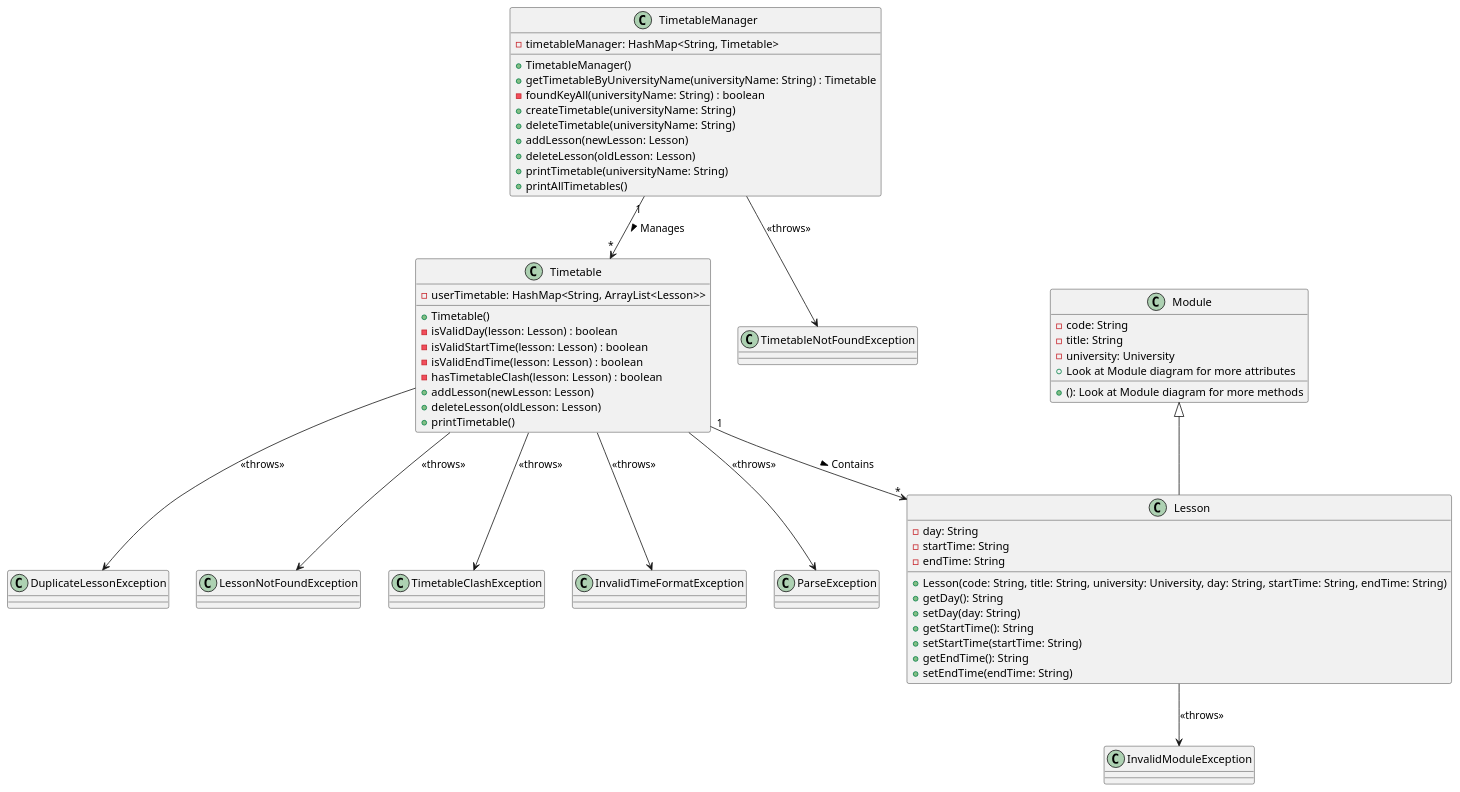
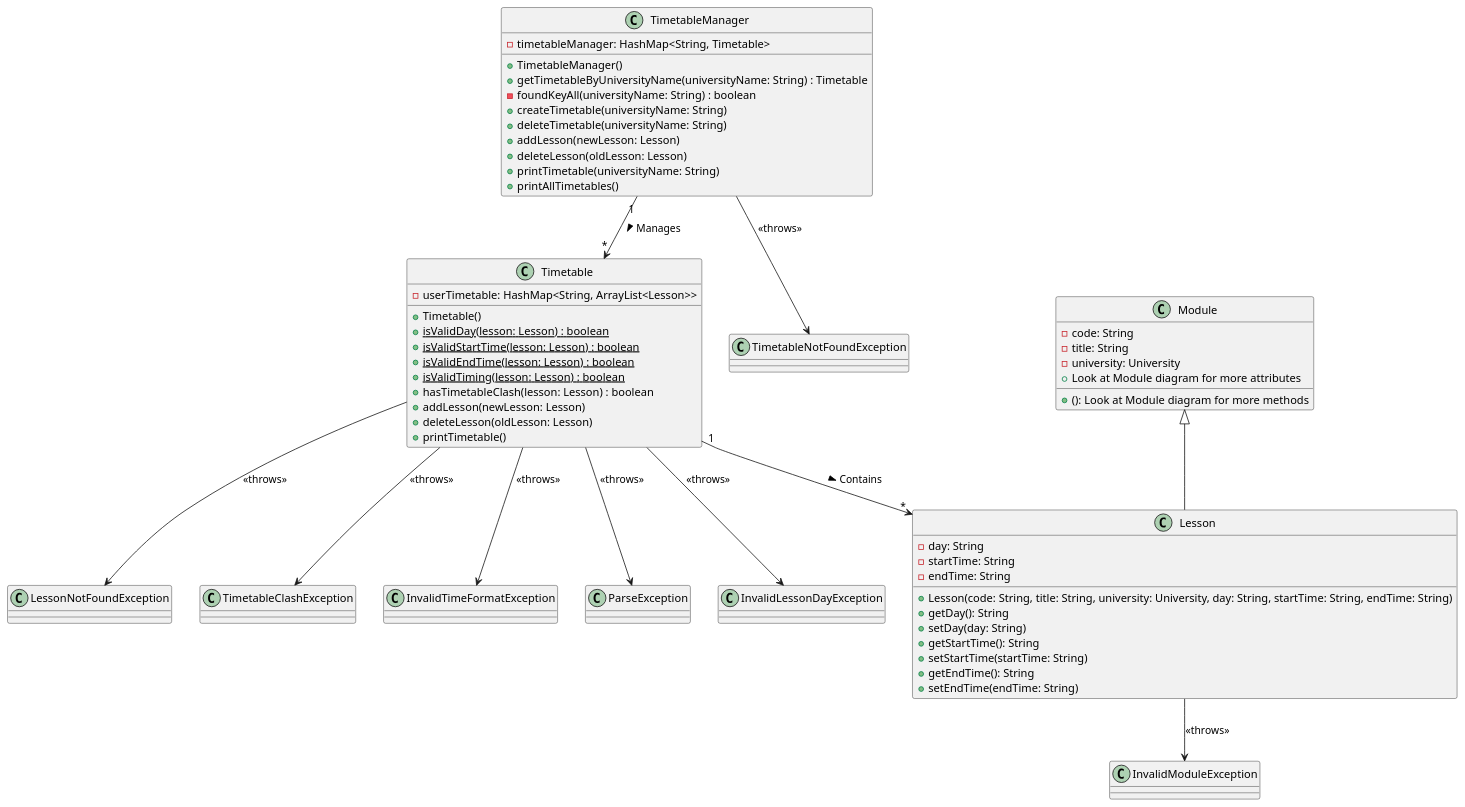
Before and after one commit to nus-cs2113-AY2223S1/tp: the diagram in docs/diagrams/Timetable.puml, drawn with PlantUML. The commit also changed 9 other files, not shown here.

```diff
--- a/docs/diagrams/Timetable.puml
+++ b/docs/diagrams/Timetable.puml
@@ -1,82 +1,83 @@
 @startuml
 'https://plantuml.com/class-diagram
 
 class TimetableManager {
     - timetableManager: HashMap<String, Timetable>
     + TimetableManager()
     + getTimetableByUniversityName(universityName: String) : Timetable
     - foundKeyAll(universityName: String) : boolean
     + createTimetable(universityName: String)
     + deleteTimetable(universityName: String)
     + addLesson(newLesson: Lesson)
     + deleteLesson(oldLesson: Lesson)
     + printTimetable(universityName: String)
     + printAllTimetables()
 }
 
 class Timetable {
     - userTimetable: HashMap<String, ArrayList<Lesson>>
     + Timetable()
-    - isValidDay(lesson: Lesson) : boolean
-    - isValidStartTime(lesson: Lesson) : boolean
-    - isValidEndTime(lesson: Lesson) : boolean
-    - hasTimetableClash(lesson: Lesson) : boolean
+    {static} + isValidDay(lesson: Lesson) : boolean
+    {static} + isValidStartTime(lesson: Lesson) : boolean
+    {static} + isValidEndTime(lesson: Lesson) : boolean
+    {static} + isValidTiming(lesson: Lesson) : boolean
+    + hasTimetableClash(lesson: Lesson) : boolean
     + addLesson(newLesson: Lesson)
     + deleteLesson(oldLesson: Lesson)
     + printTimetable()
 }
 
 class Lesson {
     - day: String
     - startTime: String
     - endTime: String
     + Lesson(code: String, title: String, university: University, day: String, startTime: String, endTime: String)
     + getDay(): String
     + setDay(day: String)
     + getStartTime(): String
     + setStartTime(startTime: String)
     + getEndTime(): String
     + setEndTime(endTime: String)
 }
 
 class Module {
     - code: String
     - title: String
     - university: University
     + Look at Module diagram for more attributes
     + (): Look at Module diagram for more methods
 }
 
-class DuplicateLessonException {
-}
-
 class LessonNotFoundException {
 }
 
 class TimetableNotFoundException {
 }
 
 class TimetableClashException {
 }
 
 class InvalidModuleException {
 }
 
 class InvalidTimeFormatException {
 }
 
 class ParseException {
 }
 
+class InvalidLessonDayException {
+}
+
 TimetableManager "1" --> "*" Timetable :> Manages
 Timetable "1" --> "*" Lesson :> Contains
 Lesson --> InvalidModuleException : <<throws>>
 Timetable --> InvalidTimeFormatException : <<throws>>
 Timetable --> TimetableClashException : <<throws>>
 Timetable --> ParseException : <<throws>>
-Timetable --> DuplicateLessonException : <<throws>>
 Timetable --> LessonNotFoundException : <<throws>>
+Timetable --> InvalidLessonDayException : <<throws>>
 TimetableManager --> TimetableNotFoundException : <<throws>>
 Module <|-- Lesson
 
 @enduml
```
